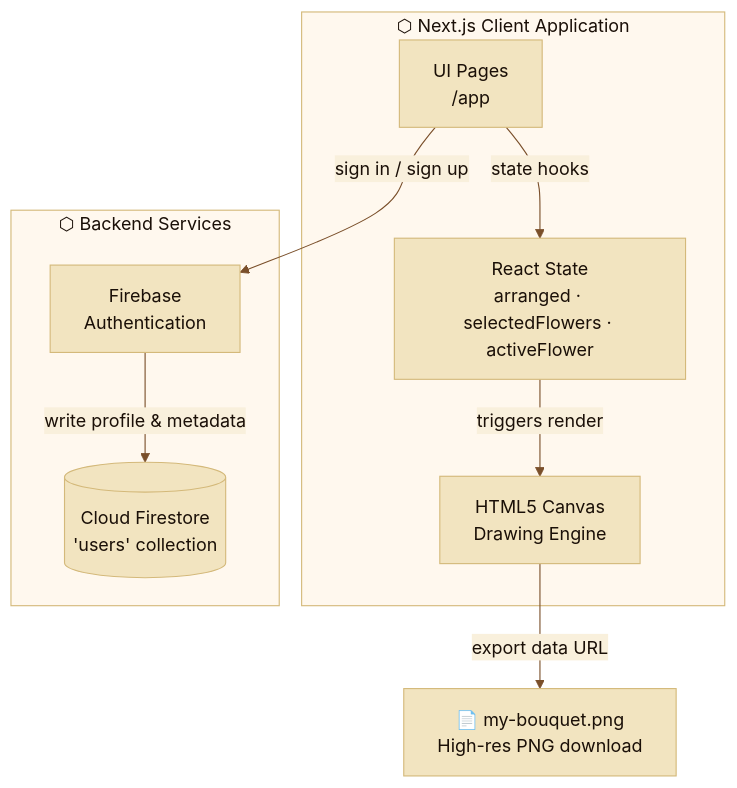
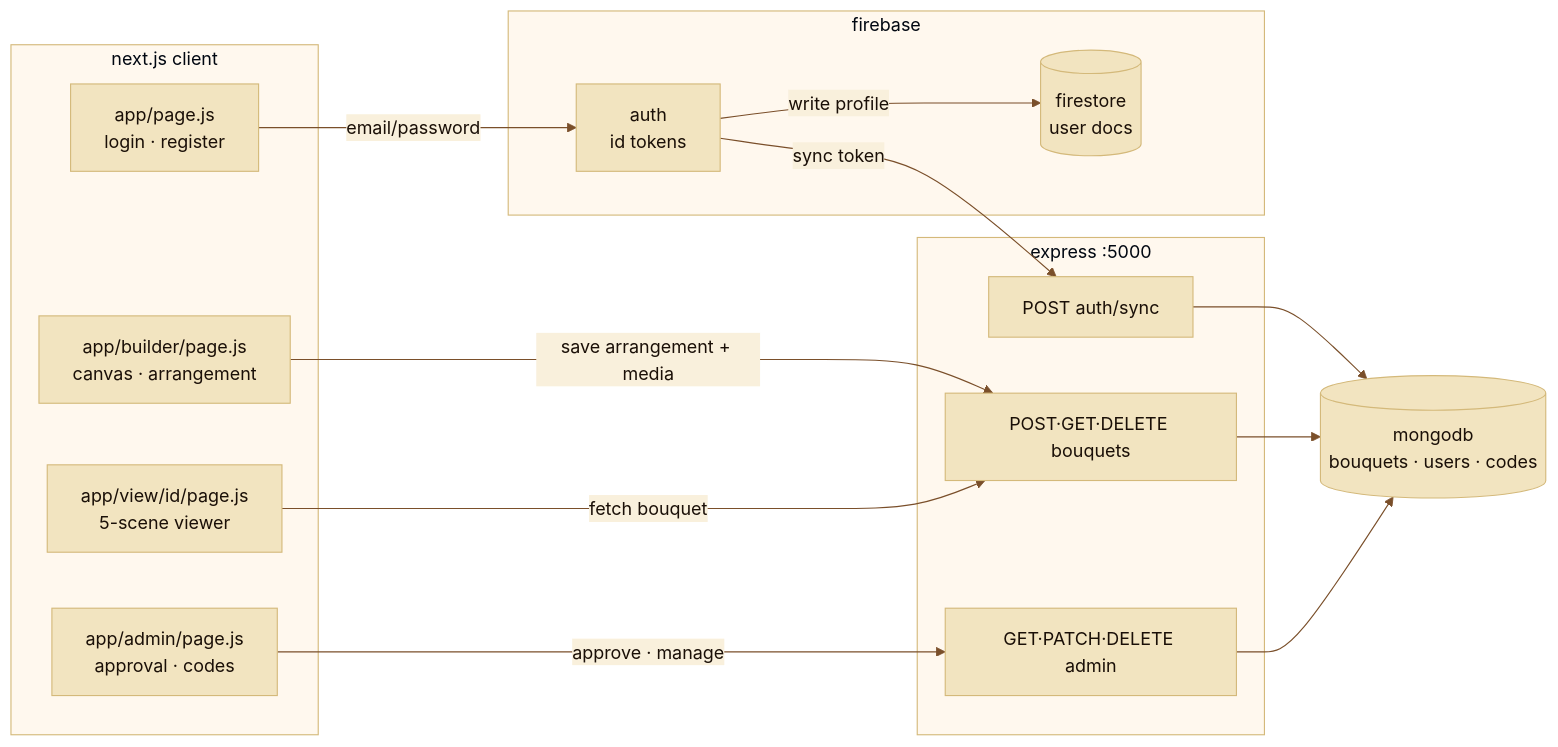
The first of 2 diagrams in README.md (hariii15/floravo), drawn with Mermaid before and after one commit. The commit also changed other lines of this file, not shown here.

````diff
--- a/README.md
+++ b/README.md
@@ -52,23 +24,44 @@
 ```mermaid
-%%{ init: { "theme": "base", "themeVariables": { "primaryColor": "#f2e4c0", "primaryTextColor": "#1a0f07", "primaryBorderColor": "#d4b97a", "lineColor": "#7a4f2a", "secondaryColor": "#f9f0dc", "tertiaryColor": "#fff8ee", "clusterBkg": "#fff8ee", "clusterBorder": "#d4b97a", "titleColor": "#1a0f07", "edgeLabelBackground": "#f9f0dc", "fontFamily": "Georgia, serif" } } }%%
+%%{ init: { "theme": "base", "themeVariables": {
+  "primaryColor": "#f2e4c0",
+  "primaryTextColor": "#1a0f07",
+  "primaryBorderColor": "#d4b97a",
+  "lineColor": "#7a4f2a",
+  "secondaryColor": "#f9f0dc",
+  "tertiaryColor": "#fff8ee",
+  "clusterBkg": "#fff8ee",
+  "clusterBorder": "#d4b97a",
+  "fontFamily": "Georgia, serif"
+} } }%%
 
-graph TD
-    subgraph Client ["⬡ Next.js Client Application"]
-        UI["UI Pages\n/app"]
-        State["React State\narranged · selectedFlowers · activeFlower"]
-        Canvas["HTML5 Canvas\nDrawing Engine"]
+flowchart LR
+    subgraph client ["next.js client"]
+        A["app/page.js\nlogin · register"]
+        B["app/builder/page.js\ncanvas · arrangement"]
+        C["app/view/id/page.js\n5-scene viewer"]
+        D["app/admin/page.js\napproval · codes"]
     end
 
-    subgraph Backend ["⬡ Backend Services"]
-        Auth["Firebase\nAuthentication"]
-        DB[("Cloud Firestore\n'users' collection")]
+    subgraph firebase ["firebase"]
+        E["auth\nid tokens"]
+        F[("firestore\nuser docs")]
     end
 
-    PNG["📄 my-bouquet.png\nHigh-res PNG download"]
+    subgraph backend ["express :5000"]
+        G["POST auth/sync"]
+        H["POST·GET·DELETE bouquets"]
+        I["GET·PATCH·DELETE admin"]
+    end
 
-    UI -->|"state hooks"| State
-    State -->|"triggers render"| Canvas
-    UI -->|"sign in / sign up"| Auth
-    Auth -->|"write profile & metadata"| DB
-    Canvas -->|"export data URL"| PNG
+    J[("mongodb\nbouquets · users · codes")]
+
+    A -->|"email/password"| E
+    E -->|"write profile"| F
+    E -->|"sync token"| G
+    G --> J
+    B -->|"save arrangement + media"| H
+    H --> J
+    C -->|"fetch bouquet"| H
+    D -->|"approve · manage"| I
+    I --> J
 ```
````
